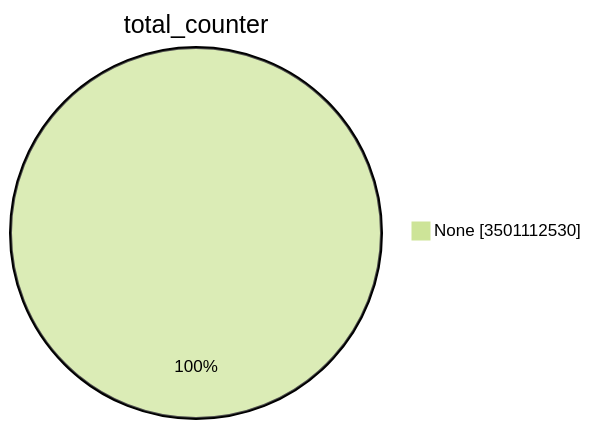
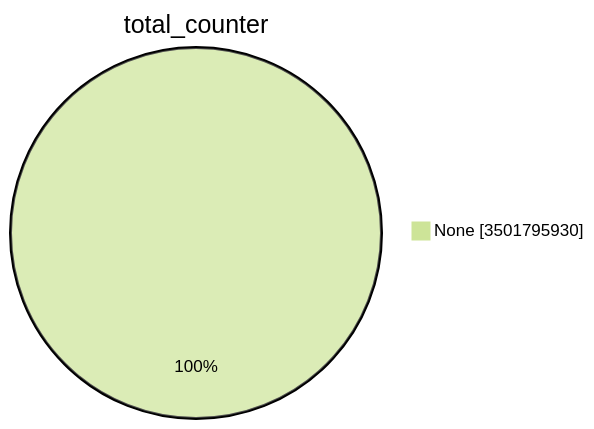
The first of 15 diagrams in TOTAL/README.md (christiankrug/ctmonitor_visualization), drawn with Mermaid (forest theme) before and after one commit. The commit also changed other lines of this file, not shown here.

````diff
--- a/TOTAL/README.md
+++ b/TOTAL/README.md
@@ -1,5 +1,5 @@
 ```mermaid
 pie showData
 title total_counter
-"None" :3501112530
+"None" :3501795930
 ```
````
